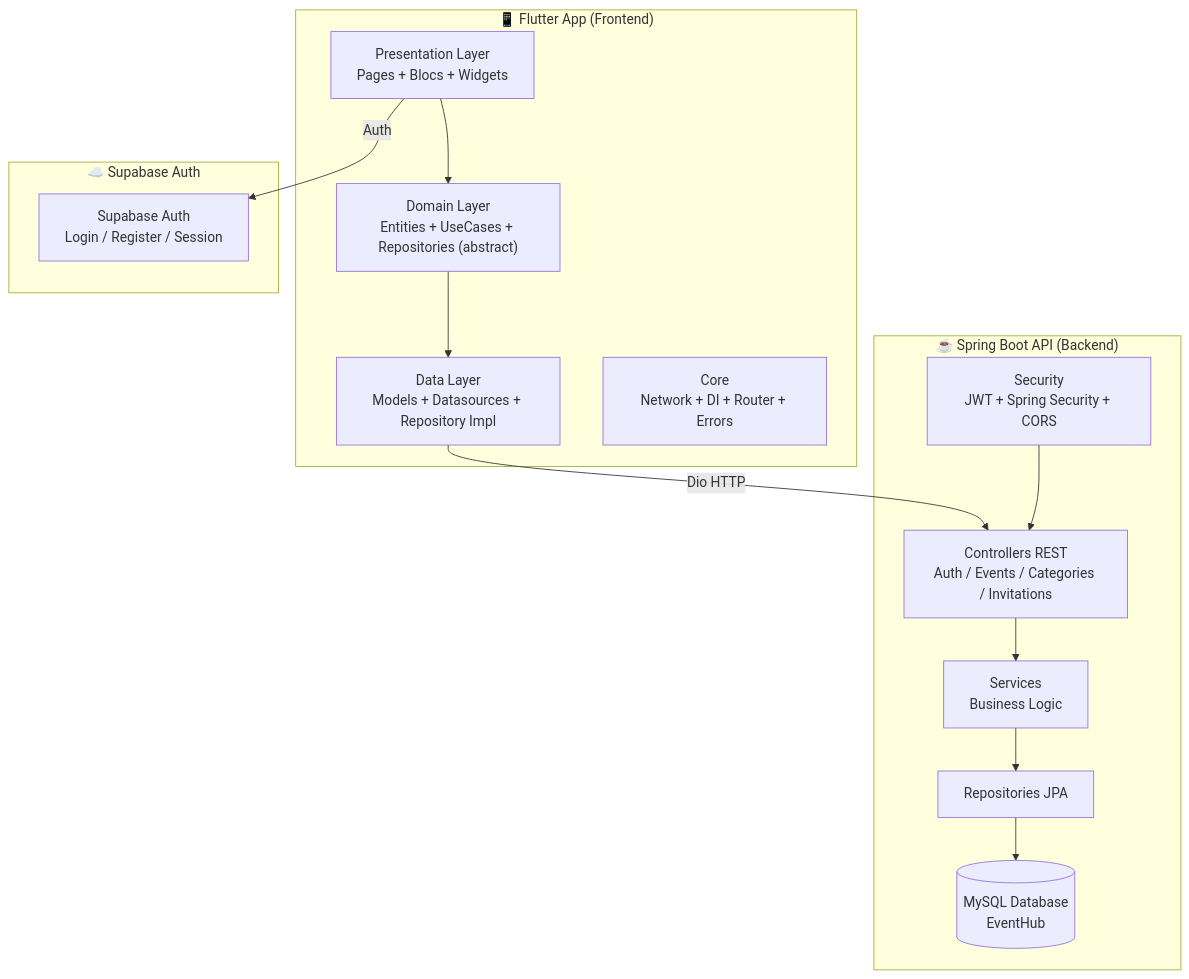
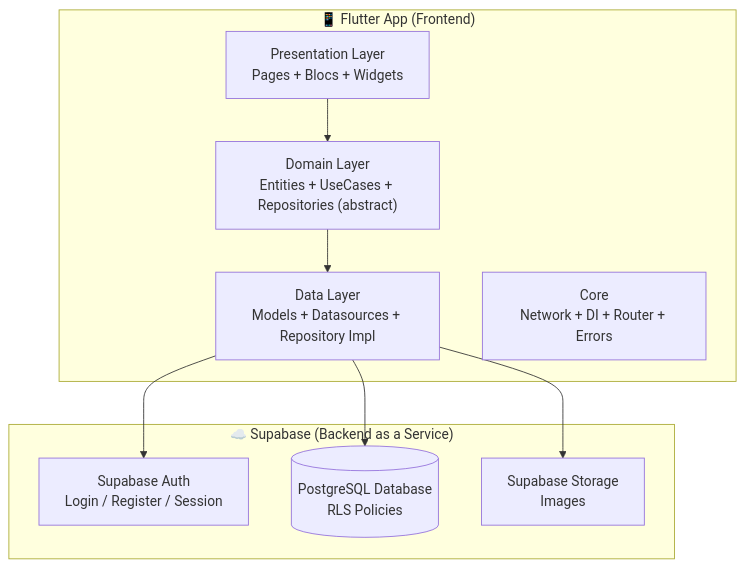
One commit to 24231-Brahim/pi-eventhub changed the first of 13 diagrams in FICHE_EXTRACTION_EVENTHUB.md. Above: the diagram before and after it, drawn with Mermaid. The commit also changed other lines of this file and 36 other files, not shown here.

````diff
--- a/FICHE_EXTRACTION_EVENTHUB.md
+++ b/FICHE_EXTRACTION_EVENTHUB.md
@@ -32,31 +27,21 @@
 ```mermaid
 graph TB
     subgraph "📱 Flutter App (Frontend)"
         PRES["Presentation Layer<br/>Pages + Blocs + Widgets"]
         DOM["Domain Layer<br/>Entities + UseCases + Repositories (abstract)"]
         DATA["Data Layer<br/>Models + Datasources + Repository Impl"]
         CORE["Core<br/>Network + DI + Router + Errors"]
     end
 
-    subgraph "☕ Spring Boot API (Backend)"
-        REST["Controllers REST<br/>Auth / Events / Categories / Invitations"]
-        SVC["Services<br/>Business Logic"]
-        DAO["Repositories JPA"]
-        DB[("MySQL Database<br/>EventHub")]
-        SEC["Security<br/>JWT + Spring Security + CORS"]
+    subgraph "☁️ Supabase (Backend as a Service)"
+        AUTH["Supabase Auth<br/>Login / Register / Session"]
+        DB[("PostgreSQL Database<br/>RLS Policies")]
+        STORAGE["Supabase Storage<br/>Images"]
     end
 
     PRES --> DOM
     DOM --> DATA
-    DATA -->|"Dio HTTP"| REST
-    REST --> SVC
-    SVC --> DAO
-    DAO --> DB
-    SEC --> REST
-
-    subgraph "☁️ Supabase Auth"
-        SUPABASE["Supabase Auth<br/>Login / Register / Session"]
-    end
-
-    PRES -->|"Auth"| SUPABASE
+    DATA --> AUTH
+    DATA --> DB
+    DATA --> STORAGE
 ```
````
